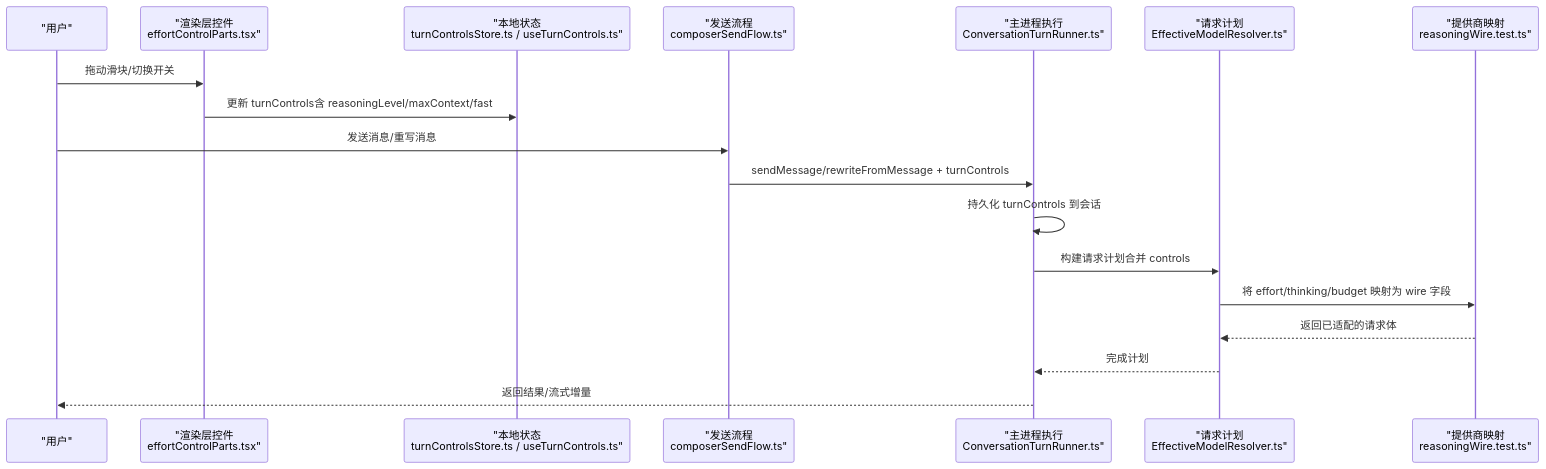
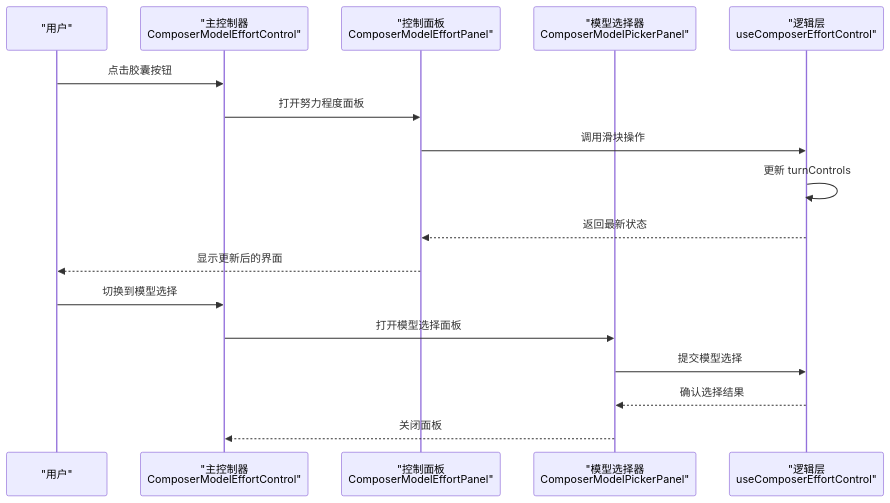
The second of 6 diagrams in .qoder/repowiki/zh/content/用户界面/对话编辑器/努力程度控制.md (haolange/RDC-Agent), drawn with Mermaid before and after one commit. The commit also changed other lines of this file and 22 other files, not shown here.

````diff
--- a/.qoder/repowiki/zh/content/用户界面/对话编辑器/努力程度控制.md
+++ b/.qoder/repowiki/zh/content/用户界面/对话编辑器/努力程度控制.md
@@ -143,20 +111,19 @@
 ```mermaid
 sequenceDiagram
 participant U as "用户"
-participant UI as "渲染层控件<br/>effortControlParts.tsx"
-participant S as "本地状态<br/>turnControlsStore.ts / useTurnControls.ts"
-participant C as "发送流程<br/>composerSendFlow.ts"
-participant M as "主进程执行<br/>ConversationTurnRunner.ts"
-participant P as "请求计划<br/>EffectiveModelResolver.ts"
-participant W as "提供商映射<br/>reasoningWire.test.ts"
-U->>UI : 拖动滑块/切换开关
-UI->>S : 更新 turnControls含 reasoningLevel/maxContext/fast
-U->>C : 发送消息/重写消息
-C->>M : sendMessage/rewriteFromMessage + turnControls
-M->>M : 持久化 turnControls 到会话
-M->>P : 构建请求计划合并 controls
-P->>W : 将 effort/thinking/budget 映射为 wire 字段
-W-->>P : 返回已适配的请求体
-P-->>M : 完成计划
-M-->>U : 返回结果/流式增量
+participant C as "主控制器<br/>ComposerModelEffortControl"
+participant P as "控制面板<br/>ComposerModelEffortPanel"
+participant M as "模型选择器<br/>ComposerModelPickerPanel"
+participant H as "逻辑层<br/>useComposerEffortControl"
+U->>C : 点击胶囊按钮
+C->>P : 打开努力程度面板
+P->>H : 调用滑块操作
+H->>H : 更新 turnControls
+H-->>P : 返回最新状态
+P-->>U : 显示更新后的界面
+U->>C : 切换到模型选择
+C->>M : 打开模型选择面板
+M->>H : 提交模型选择
+H-->>M : 确认选择结果
+M-->>C : 关闭面板
 ```
````
